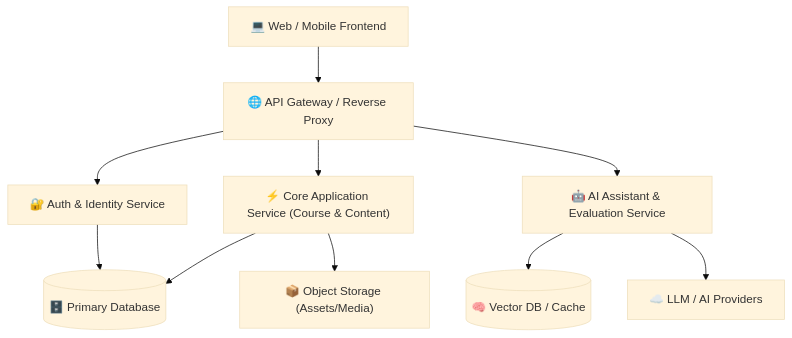
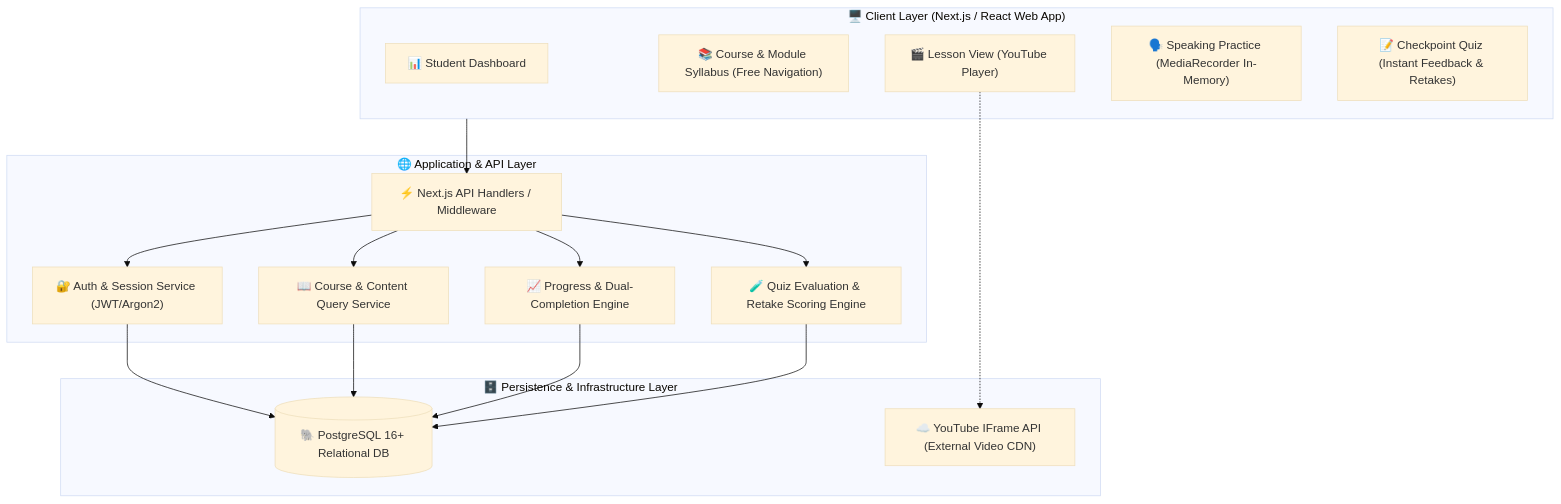
The first of 2 diagrams in docs/ARCHITECTURE.md (Rezajulianto123/dream-academy), drawn with Mermaid (base theme) before and after one commit. The commit also changed other lines of this file and 3 other files, not shown here.

Commit message:
docs(arch): formulate technical architecture, database schema, api contracts and implementation plan

````diff
--- a/docs/ARCHITECTURE.md
+++ b/docs/ARCHITECTURE.md
@@ -12,13 +20,35 @@
 ```mermaid
 graph TD
-    Client["💻 Web / Mobile Frontend"] --> Gateway["🌐 API Gateway / Reverse Proxy"]
-    Gateway --> AuthService["🔐 Auth & Identity Service"]
-    Gateway --> CoreAPI["⚡ Core Application Service (Course & Content)"]
-    Gateway --> AIService["🤖 AI Assistant & Evaluation Service"]
-    
-    AuthService --> DB[(🗄️ Primary Database)]
-    CoreAPI --> DB
-    CoreAPI --> Storage["📦 Object Storage (Assets/Media)"]
-    AIService --> VectorDB[(🧠 Vector DB / Cache)]
-    AIService --> LLM["☁️ LLM / AI Providers"]
+    subgraph ClientLayer ["🖥️ Client Layer (Next.js / React Web App)"]
+        UI_Dashboard["📊 Student Dashboard"]
+        UI_Course["📚 Course & Module Syllabus (Free Navigation)"]
+        UI_Lesson["🎬 Lesson View (YouTube Player)"]
+        UI_Speaking["🗣️ Speaking Practice (MediaRecorder In-Memory)"]
+        UI_Quiz["📝 Checkpoint Quiz (Instant Feedback & Retakes)"]
+    end
+
+    subgraph APILayer ["🌐 Application & API Layer"]
+        Gateway["⚡ Next.js API Handlers / Middleware"]
+        AuthService["🔐 Auth & Session Service (JWT/Argon2)"]
+        CourseService["📖 Course & Content Query Service"]
+        ProgressService["📈 Progress & Dual-Completion Engine"]
+        QuizService["🧪 Quiz Evaluation & Retake Scoring Engine"]
+    end
+
+    subgraph DataLayer ["🗄️ Persistence & Infrastructure Layer"]
+        DB[(🐘 PostgreSQL 16+ Relational DB)]
+        YT_API["☁️ YouTube IFrame API (External Video CDN)"]
+    end
+
+    ClientLayer --> Gateway
+    Gateway --> AuthService
+    Gateway --> CourseService
+    Gateway --> ProgressService
+    Gateway --> QuizService
+
+    AuthService --> DB
+    CourseService --> DB
+    ProgressService --> DB
+    QuizService --> DB
+    UI_Lesson -.-> YT_API
 ```
````
